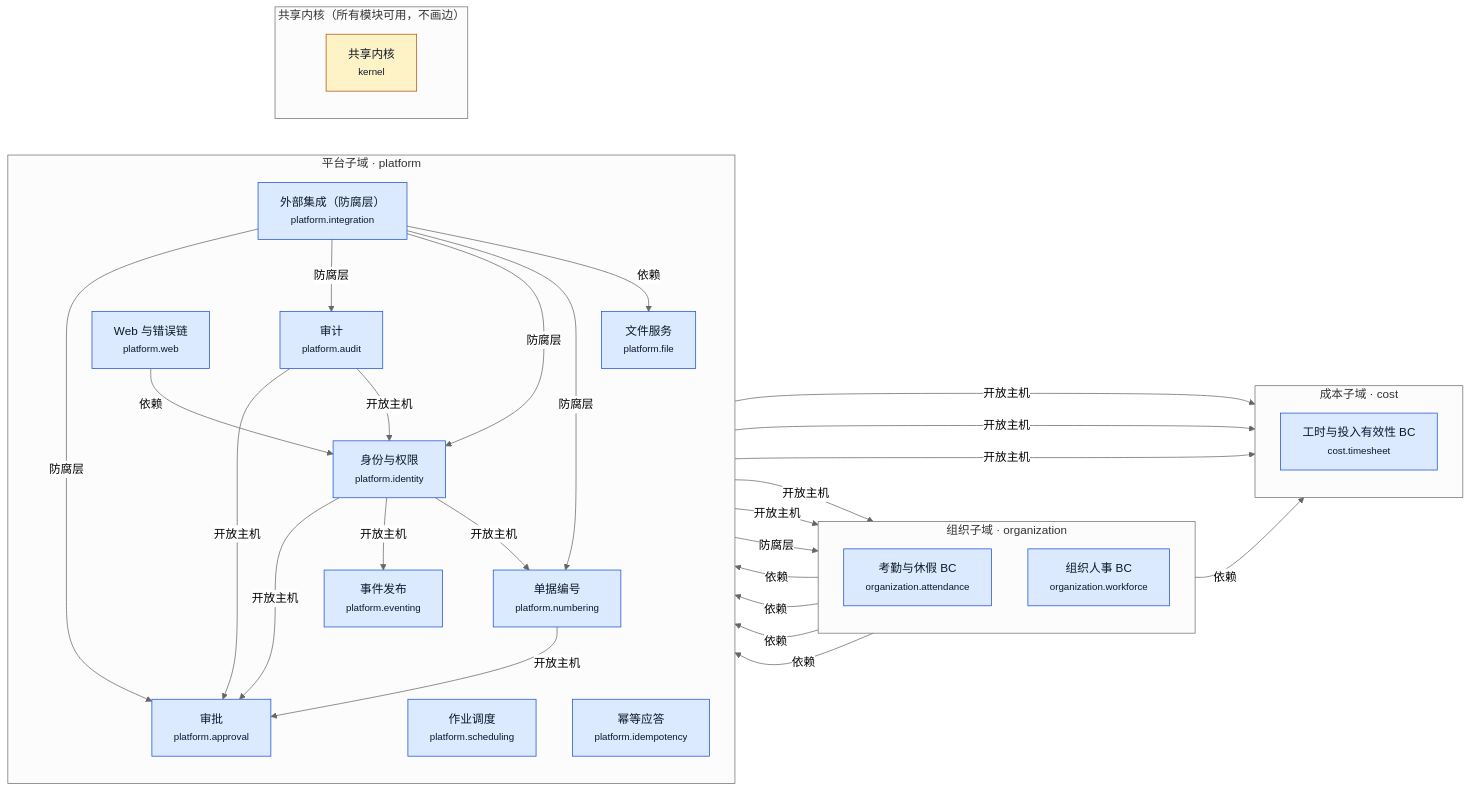
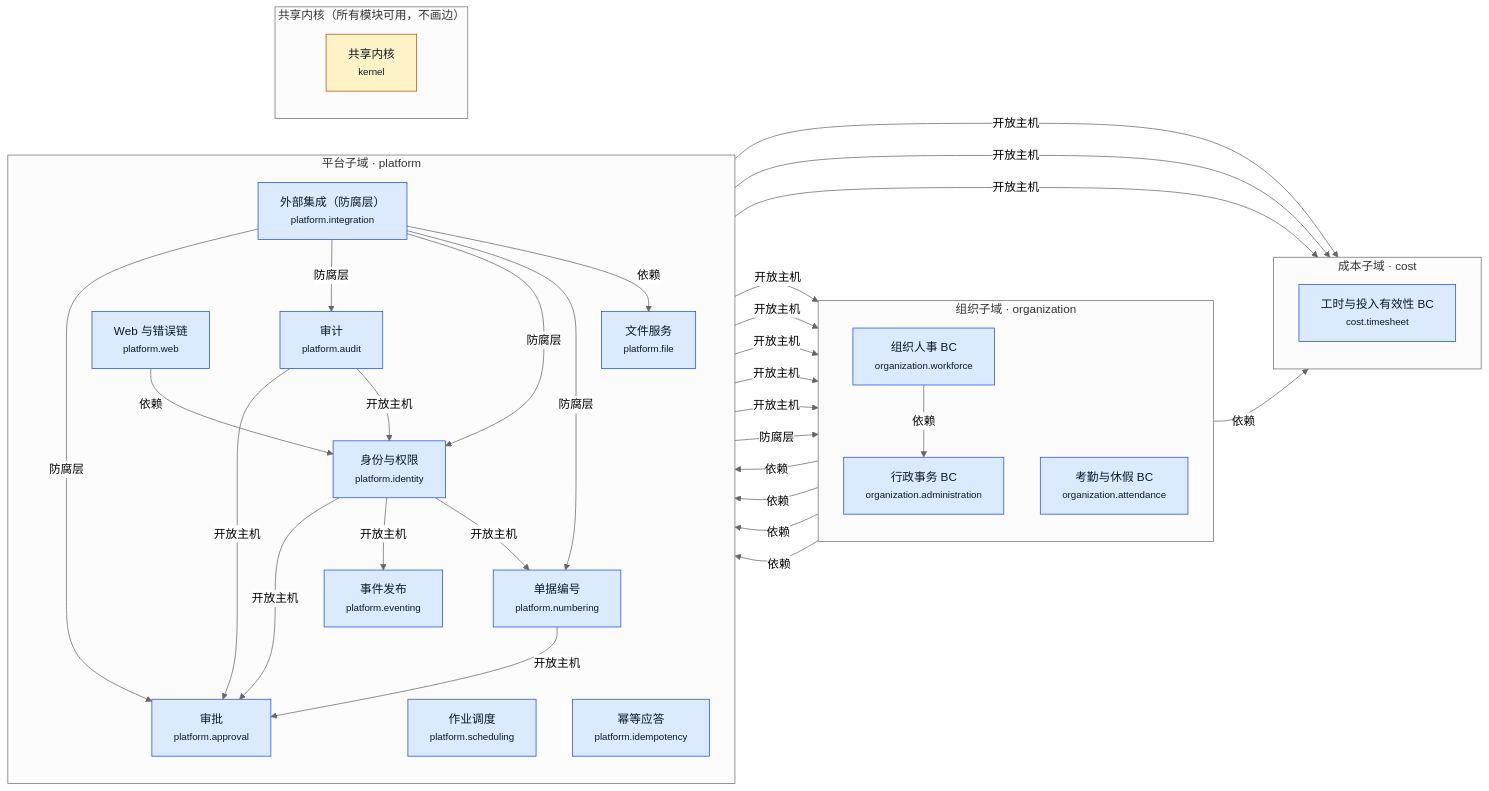
One commit to YeliangDu/forcitis-one-psa-codex-lab changed the diagram in docs/modernization/architecture/generated/1b-context-map.mmd. Above: the diagram before and after it, drawn with Mermaid (neutral theme). The commit also changed 12 other files, not shown here.

```diff
--- a/docs/modernization/architecture/generated/1b-context-map.mmd
+++ b/docs/modernization/architecture/generated/1b-context-map.mmd
@@ -1,56 +1,61 @@
 %% 生成文件，勿手改：python3 architecture/build_architecture.py（源：ddd/*.yaml）
 flowchart LR
   classDef built fill:#dbeafe,stroke:#1d4ed8,color:#0f172a
   classDef planned fill:#f8fafc,stroke:#94a3b8,stroke-dasharray:4 3,color:#475569
   classDef kernel fill:#fef3c7,stroke:#b45309,color:#0f172a
   subgraph SD_cost["成本子域 · cost"]
     direction TB
     cost_timesheet["工时与投入有效性 BC<br/><small>cost.timesheet</small>"]
   end
   subgraph SD_organization["组织子域 · organization"]
     direction TB
+    organization_administration["行政事务 BC<br/><small>organization.administration</small>"]
     organization_attendance["考勤与休假 BC<br/><small>organization.attendance</small>"]
     organization_workforce["组织人事 BC<br/><small>organization.workforce</small>"]
   end
   subgraph SD_platform["平台子域 · platform"]
     direction TB
     platform_approval["审批<br/><small>platform.approval</small>"]
     platform_audit["审计<br/><small>platform.audit</small>"]
     platform_identity["身份与权限<br/><small>platform.identity</small>"]
     platform_integration["外部集成（防腐层）<br/><small>platform.integration</small>"]
     platform_numbering["单据编号<br/><small>platform.numbering</small>"]
     platform_scheduling["作业调度<br/><small>platform.scheduling</small>"]
     platform_idempotency["幂等应答<br/><small>platform.idempotency</small>"]
     platform_eventing["事件发布<br/><small>platform.eventing</small>"]
     platform_web["Web 与错误链<br/><small>platform.web</small>"]
     platform_file["文件服务<br/><small>platform.file</small>"]
   end
   subgraph SD_kernel["共享内核（所有模块可用，不画边）"]
     direction TB
     kernel["共享内核<br/><small>kernel</small>"]
   end
   organization_workforce -->|依赖| cost_timesheet
   platform_approval -->|开放主机| cost_timesheet
   platform_identity -->|开放主机| cost_timesheet
   platform_numbering -->|开放主机| cost_timesheet
   platform_numbering -->|开放主机| platform_approval
+  organization_workforce -->|依赖| organization_administration
+  platform_approval -->|开放主机| organization_administration
+  platform_numbering -->|开放主机| organization_administration
+  platform_audit -->|开放主机| organization_administration
   platform_audit -->|开放主机| organization_attendance
   platform_audit -->|开放主机| organization_workforce
   platform_integration -->|防腐层| organization_workforce
   platform_identity -->|开放主机| platform_approval
   organization_workforce -->|依赖| platform_approval
   platform_integration -->|防腐层| platform_approval
   platform_audit -->|开放主机| platform_approval
   organization_attendance -->|依赖| platform_approval
   platform_integration -->|防腐层| platform_audit
   platform_identity -->|开放主机| platform_eventing
   organization_workforce -->|依赖| platform_identity
   platform_integration -->|防腐层| platform_identity
   platform_audit -->|开放主机| platform_identity
   platform_identity -->|开放主机| platform_numbering
   organization_workforce -->|依赖| platform_numbering
   platform_integration -->|防腐层| platform_numbering
   platform_web -->|依赖| platform_identity
   platform_integration -->|依赖| platform_file
-  class cost_timesheet,organization_attendance,organization_workforce,platform_approval,platform_audit,platform_identity,platform_integration,platform_numbering,platform_scheduling,platform_idempotency,platform_eventing,platform_web,platform_file built
+  class cost_timesheet,organization_administration,organization_attendance,organization_workforce,platform_approval,platform_audit,platform_identity,platform_integration,platform_numbering,platform_scheduling,platform_idempotency,platform_eventing,platform_web,platform_file built
   class kernel kernel
```
